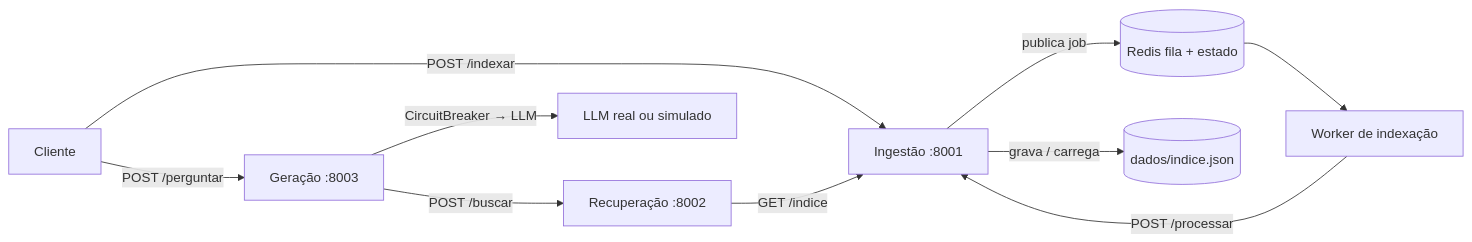
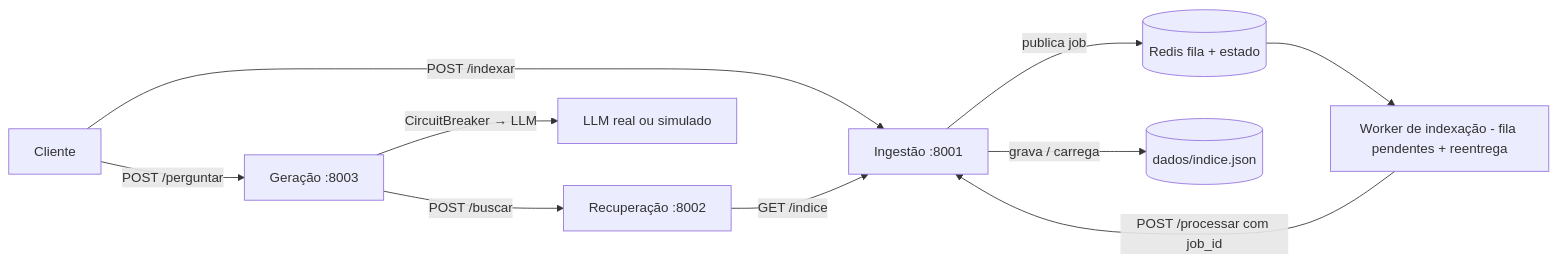
One commit to bessiwolkers-droid/C2_HOWARD_NUVEM changed the diagram in C2_A2_RAG/README.md. Above: the diagram before and after it, drawn with Mermaid. The commit also changed other lines of this file and 10 other files, not shown here.

````diff
--- a/C2_A2_RAG/README.md
+++ b/C2_A2_RAG/README.md
@@ -11,12 +11,12 @@
 ```mermaid
 flowchart LR
     U[Cliente] -->|POST /indexar| I[Ingestão :8001]
     I -->|publica job| R[(Redis fila + estado)]
-    R --> W[Worker de indexação]
-    W -->|POST /processar| I
+    R --> W[Worker de indexação - fila pendentes + reentrega]
+    W -->|POST /processar com job_id| I
     I -->|grava / carrega| D[(dados/indice.json)]
     U -->|POST /perguntar| G[Geração :8003]
     G -->|POST /buscar| S[Recuperação :8002]
     S -->|GET /indice| I
     G -->|CircuitBreaker → LLM| L[LLM real ou simulado]
 ```
````
